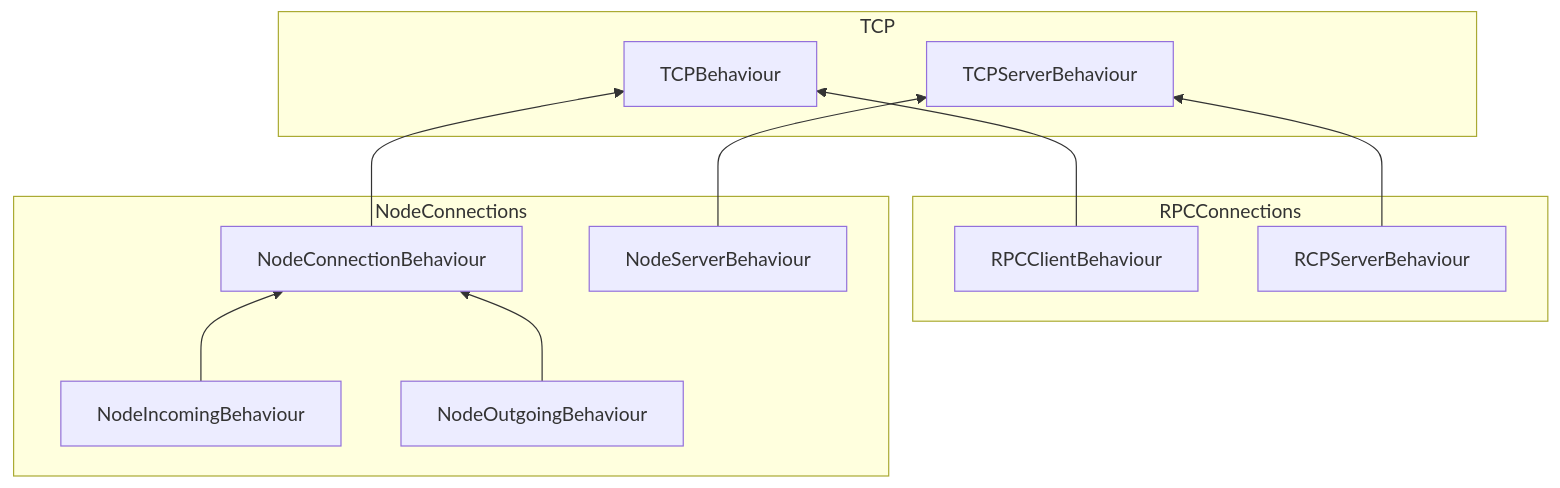
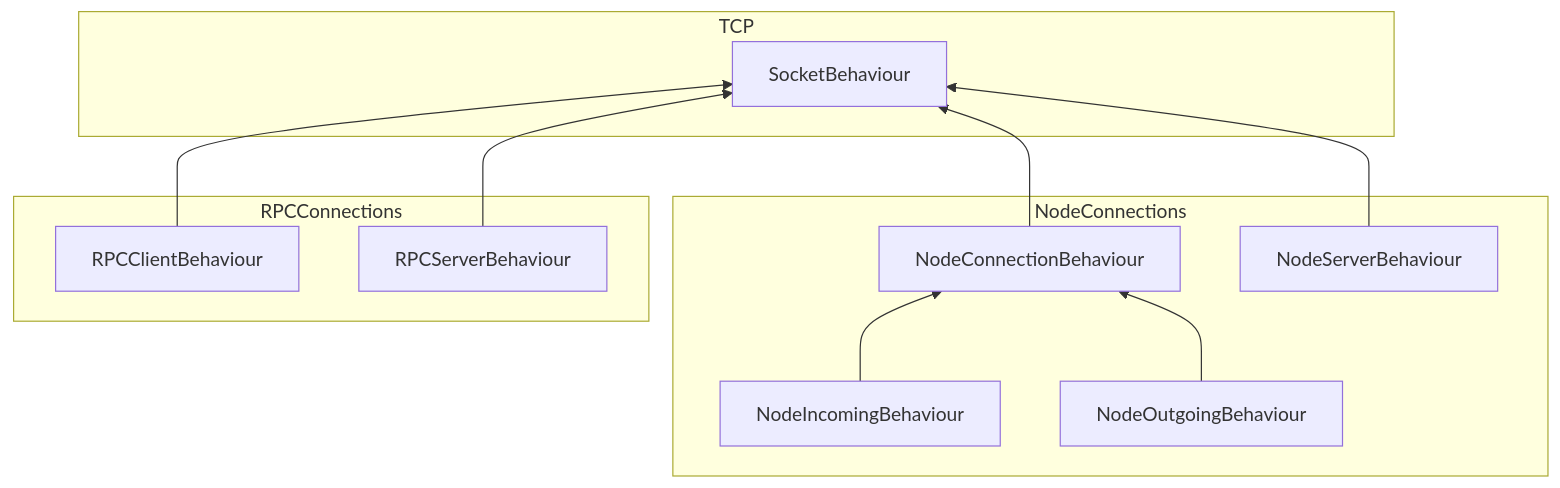
The first of 4 diagrams in doc/architecture/tcp_internals.rst (cjen1-msft/CCF), drawn with Mermaid before and after one commit. The commit also changed other lines of this file and 80 other files, not shown here.

```diff
--- a/doc/architecture/tcp_internals.rst
+++ b/doc/architecture/tcp_internals.rst
@@ -37,26 +37,25 @@
 .. mermaid::
 
   graph BT
       subgraph TCP
-          TCPBehaviour
-          TCPServerBehaviour
+          SocketBehaviour
       end
 
       subgraph RPCConnections
           RPCClientBehaviour
-          RCPServerBehaviour
+          RPCServerBehaviour
       end
 
       subgraph NodeConnections
           NodeConnectionBehaviour
           NodeIncomingBehaviour
           NodeOutgoingBehaviour
           NodeServerBehaviour
       end
 
-          RPCClientBehaviour --> TCPBehaviour
-          NodeConnectionBehaviour --> TCPBehaviour
+          RPCClientBehaviour --> SocketBehaviour
+          RPCServerBehaviour --> SocketBehaviour
+          NodeConnectionBehaviour --> SocketBehaviour
           NodeIncomingBehaviour --> NodeConnectionBehaviour
           NodeOutgoingBehaviour --> NodeConnectionBehaviour
-          NodeServerBehaviour --> TCPServerBehaviour
-          RCPServerBehaviour --> TCPServerBehaviour
+          NodeServerBehaviour --> SocketBehaviour
```
